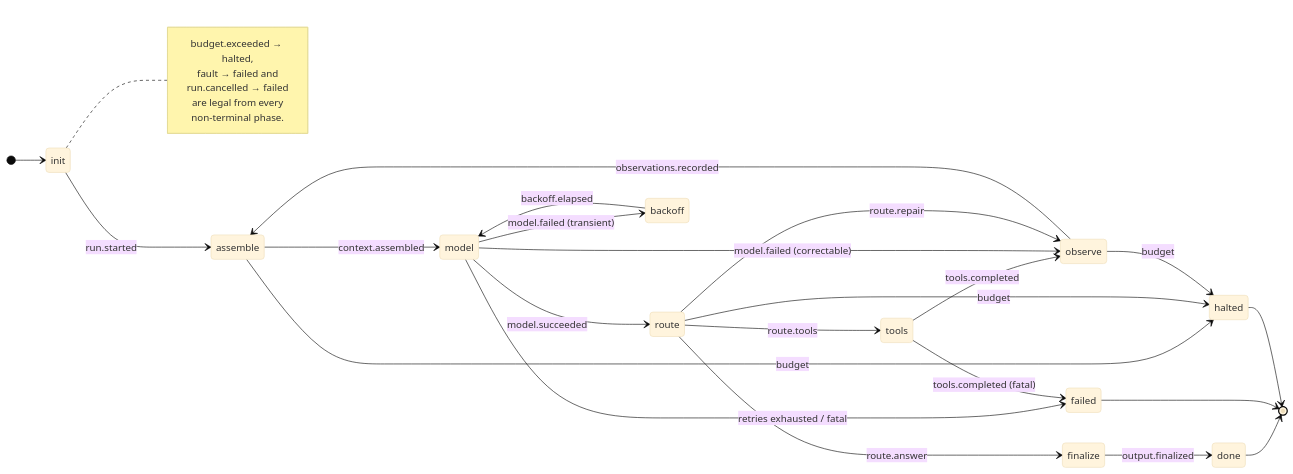
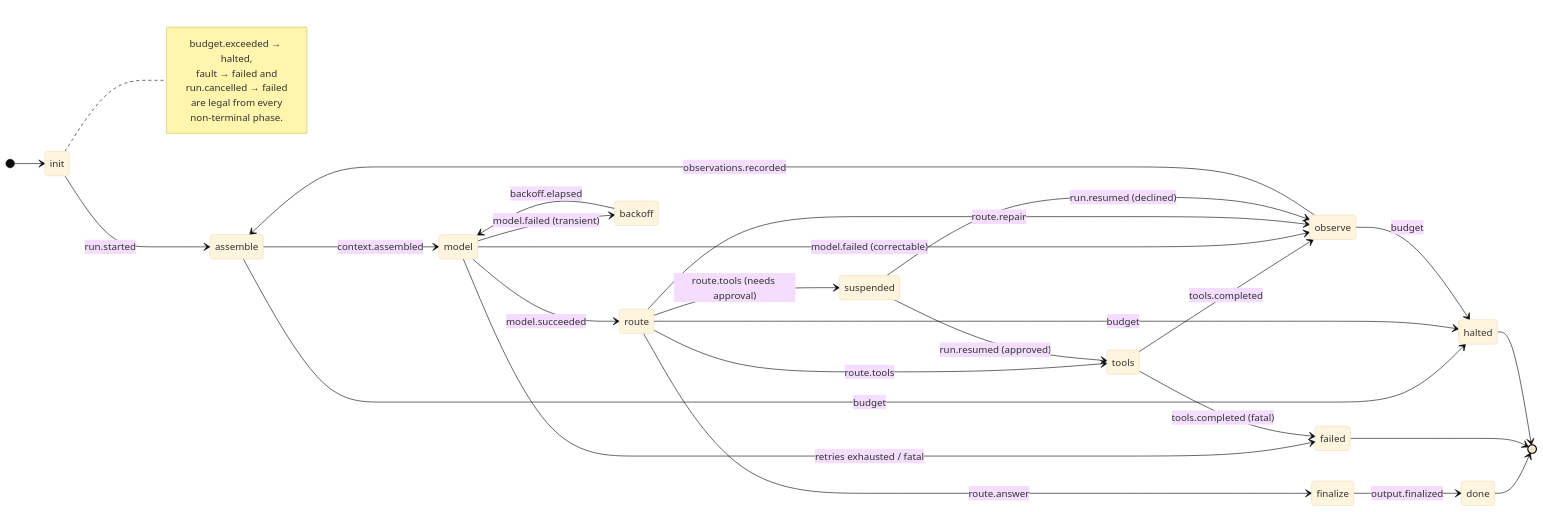
The second of 4 diagrams in README.md (frankTurtle/escapement), drawn with Mermaid (base theme) before and after one commit. The commit also changed other lines of this file and 20 other files, not shown here.

````diff
--- a/README.md
+++ b/README.md
@@ -111,37 +111,41 @@
 ```mermaid
 stateDiagram-v2
   direction LR
   [*] --> init
 
   init --> assemble: run.started
   assemble --> model: context.assembled
   model --> route: model.succeeded
   route --> tools: route.tools
   route --> finalize: route.answer
   tools --> observe: tools.completed
   observe --> assemble: observations.recorded
   finalize --> done: output.finalized
 
   model --> backoff: model.failed (transient)
   backoff --> model: backoff.elapsed
   model --> observe: model.failed (correctable)
   route --> observe: route.repair
   model --> failed: retries exhausted / fatal
   tools --> failed: tools.completed (fatal)
 
+  route --> suspended: route.tools (needs approval)
+  suspended --> tools: run.resumed (approved)
+  suspended --> observe: run.resumed (declined)
+
   assemble --> halted: budget
   route --> halted: budget
   observe --> halted: budget
 
   done --> [*]
   failed --> [*]
   halted --> [*]
 
   note right of init
     budget.exceeded → halted,
     fault → failed and
     run.cancelled → failed
     are legal from every
     non-terminal phase.
   end note
 ```
````
